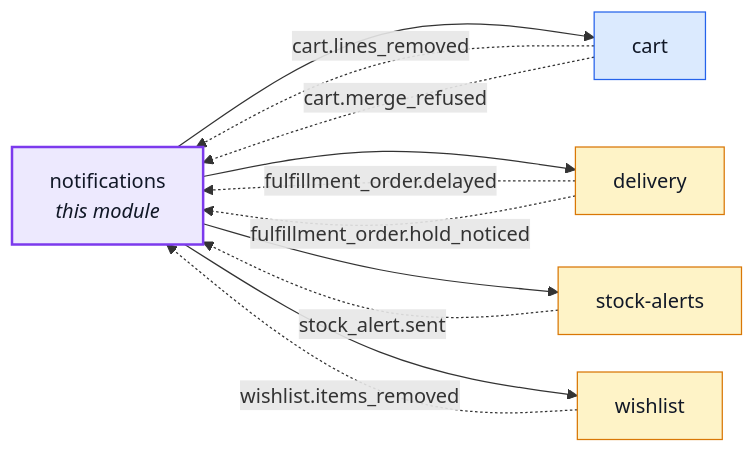
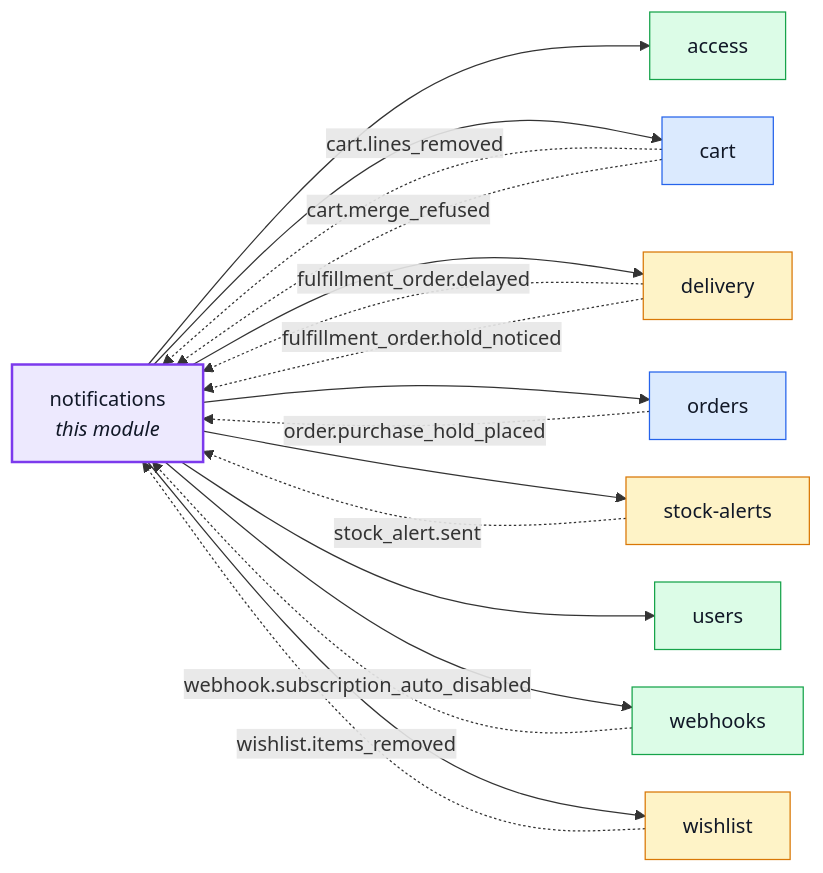
The first of 3 diagrams in docs/modules/notifications.md (Guebbit/boilerplate-node-backend), drawn with Mermaid before and after one commit. The commit also changed other lines of this file and 60 other files, not shown here.

````diff
--- a/docs/modules/notifications.md
+++ b/docs/modules/notifications.md
@@ -16,28 +16,39 @@
 ```mermaid
 %%{init: {'flowchart': {'nodeSpacing': 30, 'rankSpacing': 60}}}%%
 flowchart LR
     notifications["notifications<br/><i>this module</i>"]
+    access["access"]
     cart["cart"]
     delivery["delivery"]
+    orders["orders"]
     stock_alerts["stock-alerts"]
+    users["users"]
+    webhooks["webhooks"]
     wishlist["wishlist"]
 
+    notifications --> access
     notifications --> cart
     notifications --> delivery
+    notifications --> orders
     notifications --> stock_alerts
+    notifications --> users
+    notifications --> webhooks
     notifications --> wishlist
     cart -. "cart.lines_removed" .-> notifications
     cart -. "cart.merge_refused" .-> notifications
     delivery -. "fulfillment_order.delayed" .-> notifications
     delivery -. "fulfillment_order.hold_noticed" .-> notifications
+    orders -. "order.purchase_hold_placed" .-> notifications
     stock_alerts -. "stock_alert.sent" .-> notifications
+    webhooks -. "webhook.subscription_auto_disabled" .-> notifications
     wishlist -. "wishlist.items_removed" .-> notifications
 
     classDef core fill:#dbeafe,stroke:#2563eb,color:#111827;
     classDef supporting fill:#fef3c7,stroke:#d97706,color:#111827;
     classDef generic fill:#dcfce7,stroke:#16a34a,color:#111827;
     classDef centre fill:#ede9fe,stroke:#7c3aed,stroke-width:2px,color:#111827;
-    class cart core;
+    class cart,orders core;
     class delivery,stock_alerts,wishlist supporting;
+    class access,users,webhooks generic;
     class notifications centre;
 ```
````
